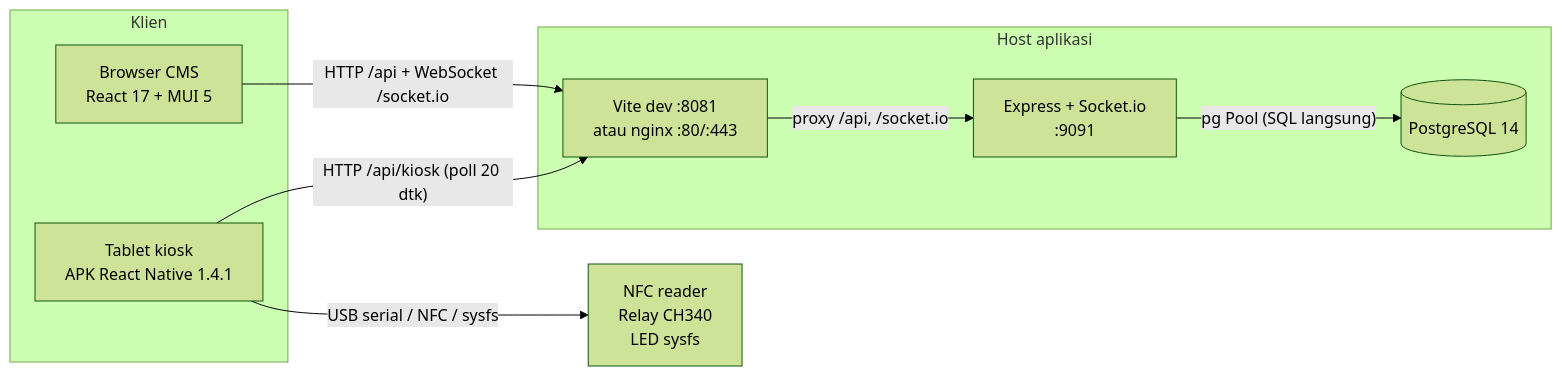
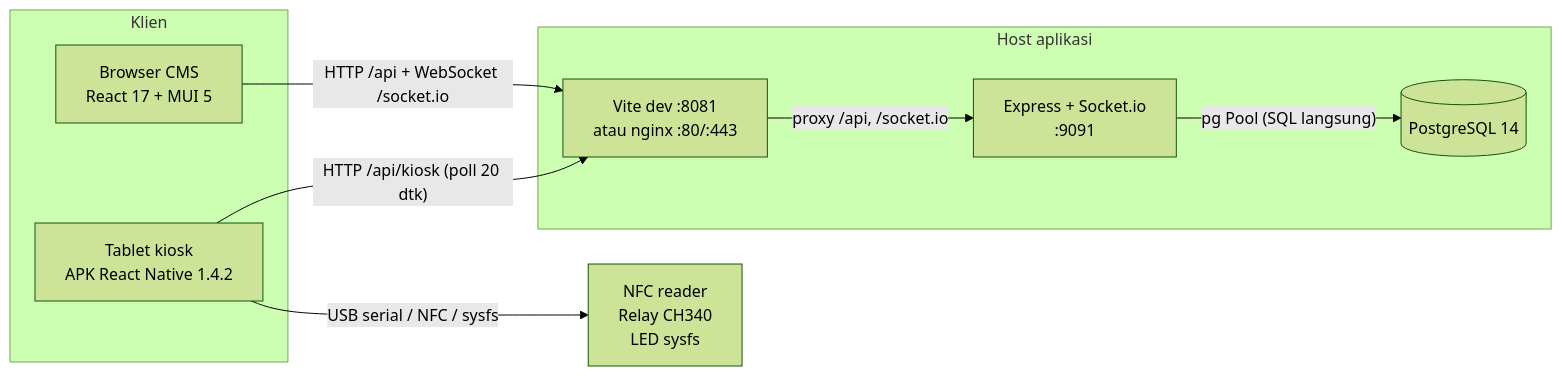
The first of 5 diagrams in docs/architecture.md (goodmeow/app_booking), drawn with Mermaid (forest theme) before and after one commit. The commit also changed other lines of this file and 13 other files, not shown here.

Commit message:
feat(apk): expose update in tablet menu and publish 1.4.2

````diff
--- a/docs/architecture.md
+++ b/docs/architecture.md
@@ -28,21 +28,21 @@
 ```mermaid
 flowchart LR
   subgraph Klien
     CMS["Browser CMS<br/>React 17 + MUI 5"]
-    KIOSK["Tablet kiosk<br/>APK React Native 1.4.1"]
+    KIOSK["Tablet kiosk<br/>APK React Native 1.4.2"]
   end
 
   subgraph Host["Host aplikasi"]
     EDGE["Vite dev :8081<br/>atau nginx :80/:443"]
     API["Express + Socket.io<br/>:9091"]
     DB[("PostgreSQL 14")]
   end
 
   HW["NFC reader<br/>Relay CH340<br/>LED sysfs"]
 
   CMS -->|"HTTP /api + WebSocket /socket.io"| EDGE
   EDGE -->|"proxy /api, /socket.io"| API
   API -->|"pg Pool (SQL langsung)"| DB
   KIOSK -->|"HTTP /api/kiosk (poll 20 dtk)"| EDGE
   KIOSK -->|"USB serial / NFC / sysfs"| HW
 ```
````
